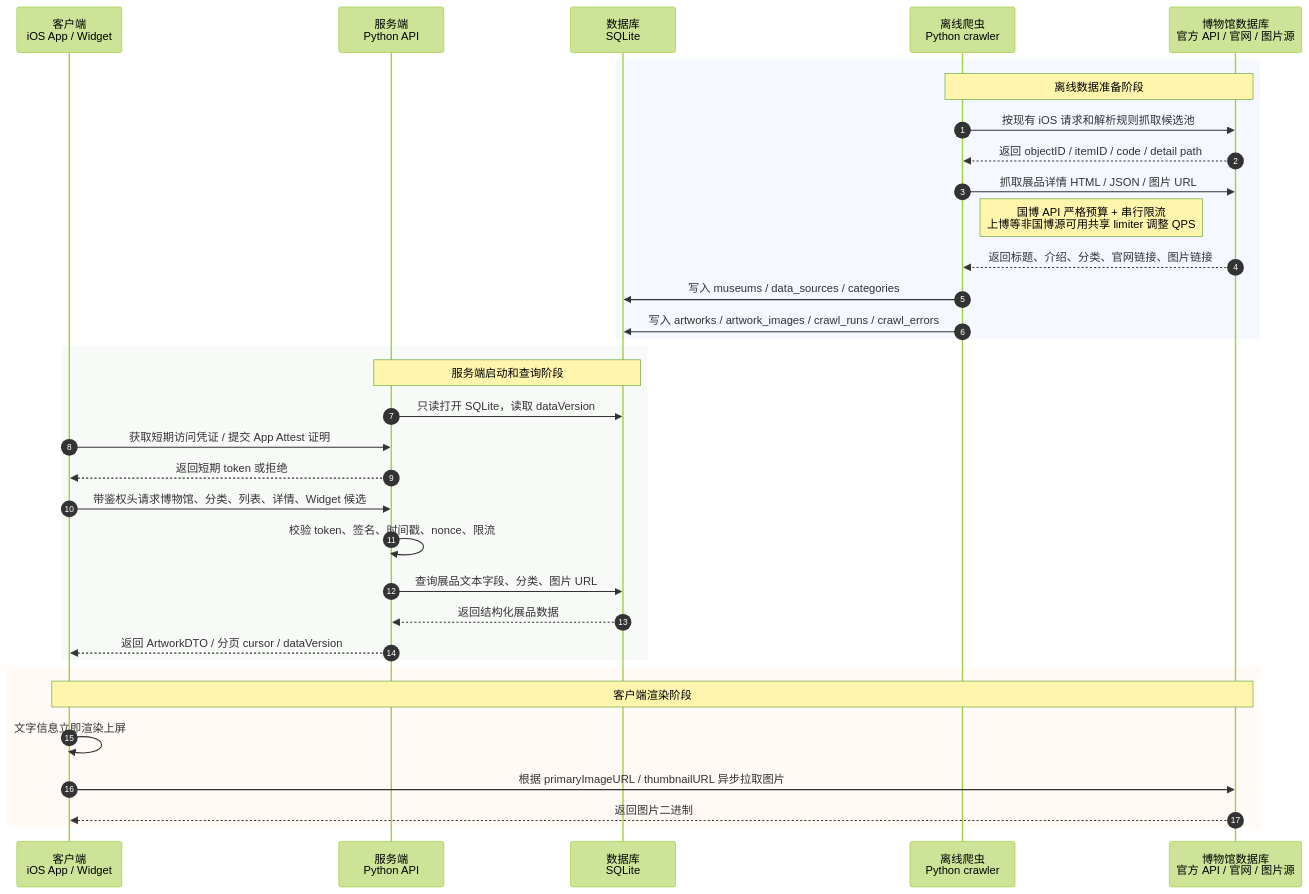
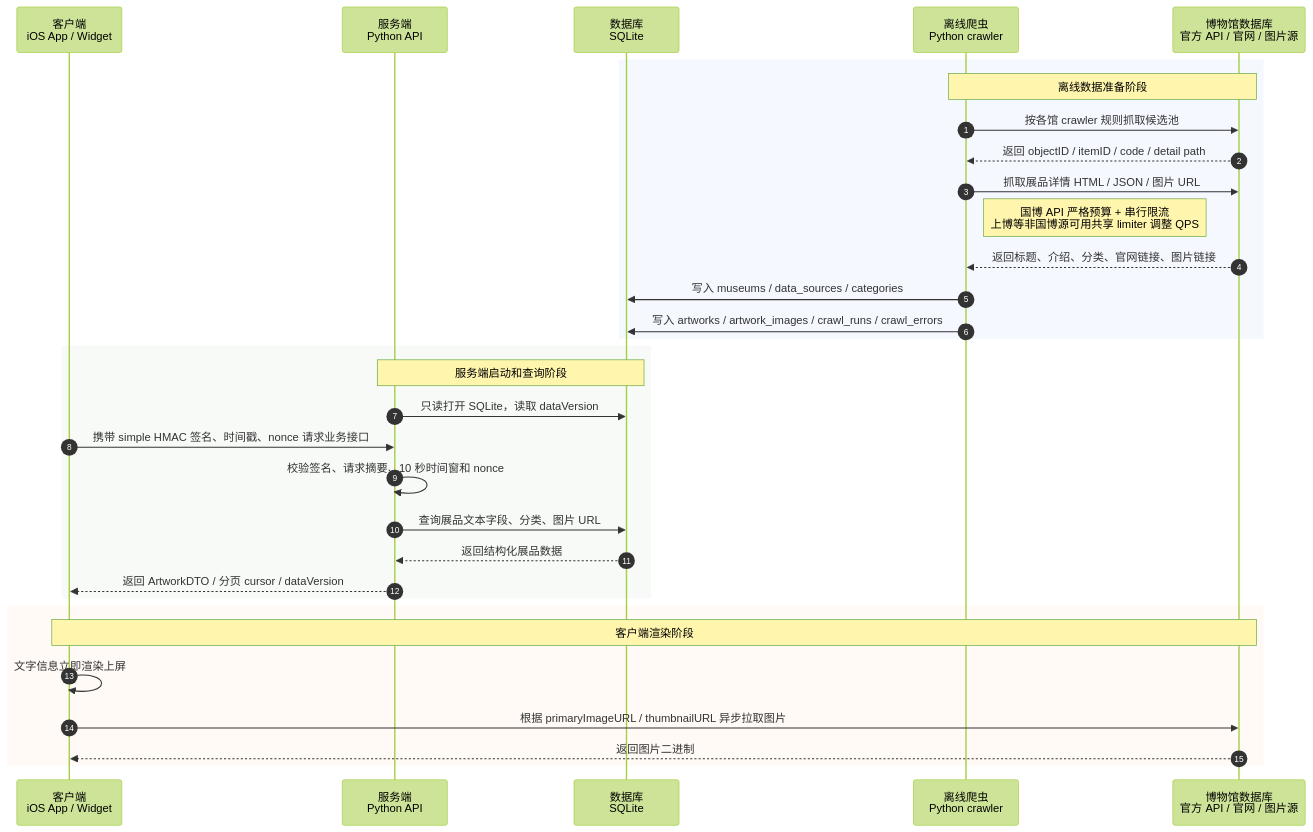
One commit to zh0ngtian/DailyMusuem changed the diagram in docs/frontend-backend-separation-design.md. Above: the diagram before and after it, drawn with Mermaid (forest theme). The commit also changed other lines of this file and 11 other files, not shown here.

````diff
--- a/docs/frontend-backend-separation-design.md
+++ b/docs/frontend-backend-separation-design.md
@@ -3,39 +5,37 @@
 ```mermaid
 sequenceDiagram
     autonumber
     participant C as 客户端<br/>iOS App / Widget
     participant S as 服务端<br/>Python API
     participant DB as 数据库<br/>SQLite
     participant R as 离线爬虫<br/>Python crawler
     participant M as 博物馆数据库<br/>官方 API / 官网 / 图片源
 
     rect rgb(245, 248, 255)
         Note over R,M: 离线数据准备阶段
-        R->>M: 按现有 iOS 请求和解析规则抓取候选池
+        R->>M: 按各馆 crawler 规则抓取候选池
         M-->>R: 返回 objectID / itemID / code / detail path
         R->>M: 抓取展品详情 HTML / JSON / 图片 URL
         Note right of R: 国博 API 严格预算 + 串行限流<br/>上博等非国博源可用共享 limiter 调整 QPS
         M-->>R: 返回标题、介绍、分类、官网链接、图片链接
         R->>DB: 写入 museums / data_sources / categories
         R->>DB: 写入 artworks / artwork_images / crawl_runs / crawl_errors
     end
 
     rect rgb(247, 250, 247)
         Note over S,DB: 服务端启动和查询阶段
         S->>DB: 只读打开 SQLite，读取 dataVersion
-        C->>S: 获取短期访问凭证 / 提交 App Attest 证明
-        S-->>C: 返回短期 token 或拒绝
-        C->>S: 带鉴权头请求博物馆、分类、列表、详情、Widget 候选
-        S->>S: 校验 token、签名、时间戳、nonce、限流
+        C->>S: 携带 simple HMAC 签名、时间戳、nonce 请求业务接口
+        S->>S: 校验签名、请求摘要、10 秒时间窗和 nonce
         S->>DB: 查询展品文本字段、分类、图片 URL
         DB-->>S: 返回结构化展品数据
         S-->>C: 返回 ArtworkDTO / 分页 cursor / dataVersion
     end
 
     rect rgb(255, 250, 245)
         Note over C,M: 客户端渲染阶段
         C->>C: 文字信息立即渲染上屏
         C->>M: 根据 primaryImageURL / thumbnailURL 异步拉取图片
         M-->>C: 返回图片二进制
     end
 ```
````
